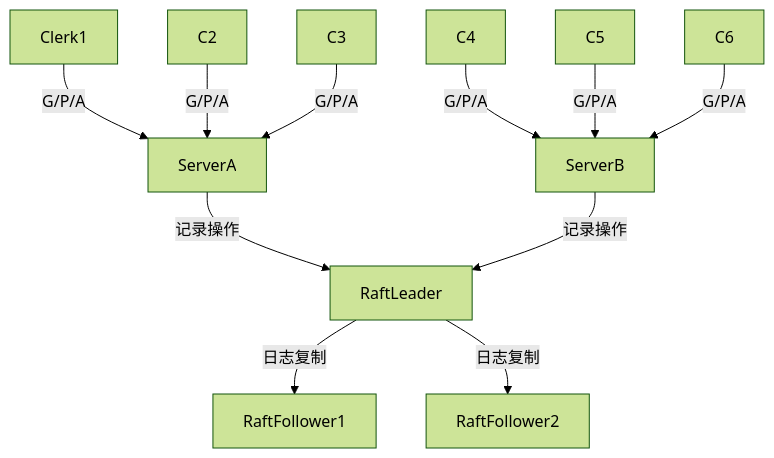
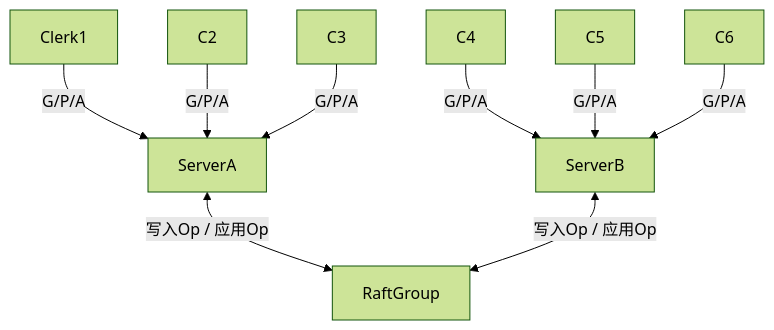
The second of 2 diagrams in 课程/6.824/实验笔记/Lab4.md (yJader/MyNote), drawn with Mermaid (forest theme) before and after one commit. The commit also changed other lines of this file, not shown here.

Commit message:
automatic backup: Macbook Air - 2025-01-15 00:35
Affected files:
课程/6.824/实验笔记/Lab4.md

````diff
--- a/课程/6.824/实验笔记/Lab4.md
+++ b/课程/6.824/实验笔记/Lab4.md
@@ -100,17 +100,15 @@
 ```mermaid
 graph TD
 
 Clerk1 --"G/P/A"--> ServerA
 C2 --"G/P/A"--> ServerA
 C3 --"G/P/A"--> ServerA
 
 C4 --"G/P/A"--> ServerB
 C5 --"G/P/A"--> ServerB
 C6 --"G/P/A"--> ServerB
 
-ServerA --"记录操作"--> RaftLeader
-ServerB --"记录操作"--> RaftLeader
+ServerA <--"写入Op / 应用Op"--> RaftGroup
+ServerB <--"写入Op / 应用Op"--> RaftGroup
 
-RaftLeader --"日志复制"--> RaftFollower1
-RaftLeader --"日志复制"--> RaftFollower2
 ```
````
